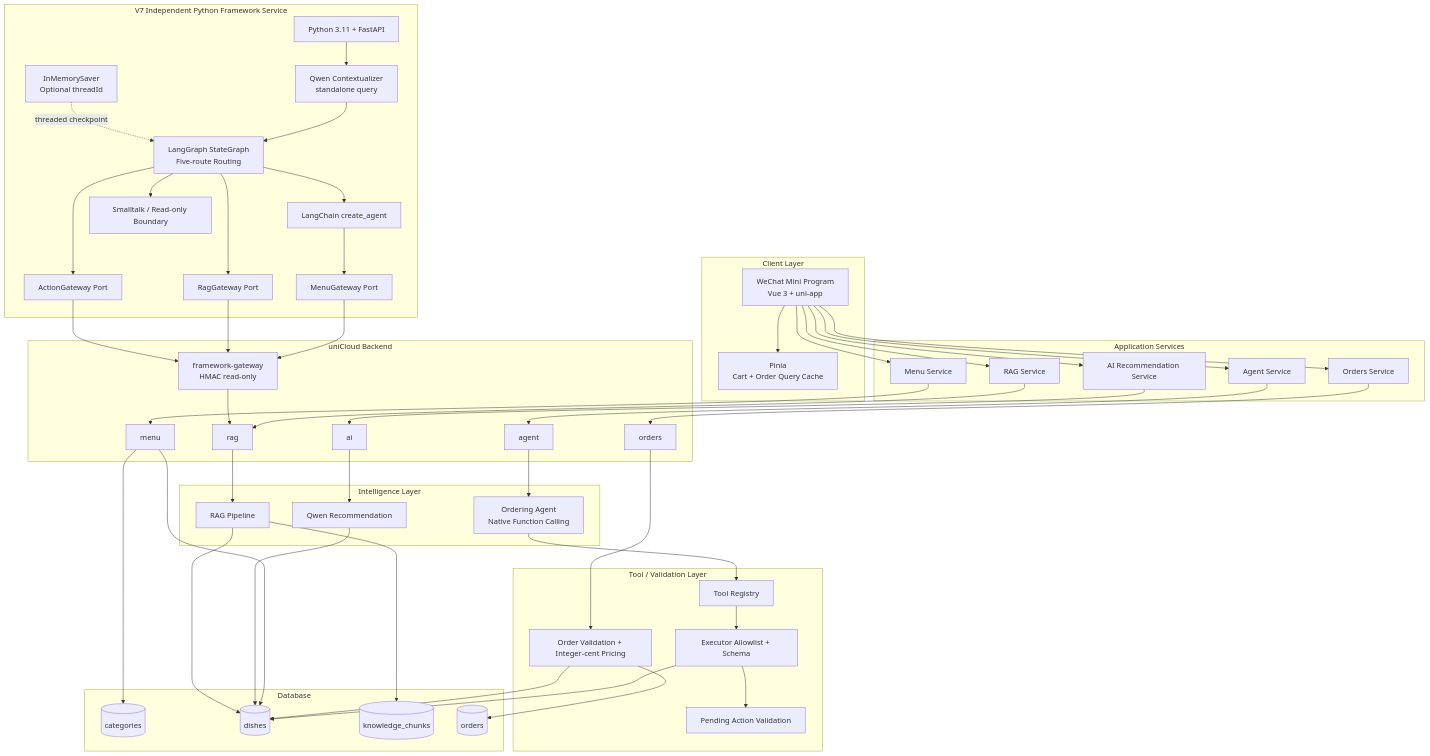
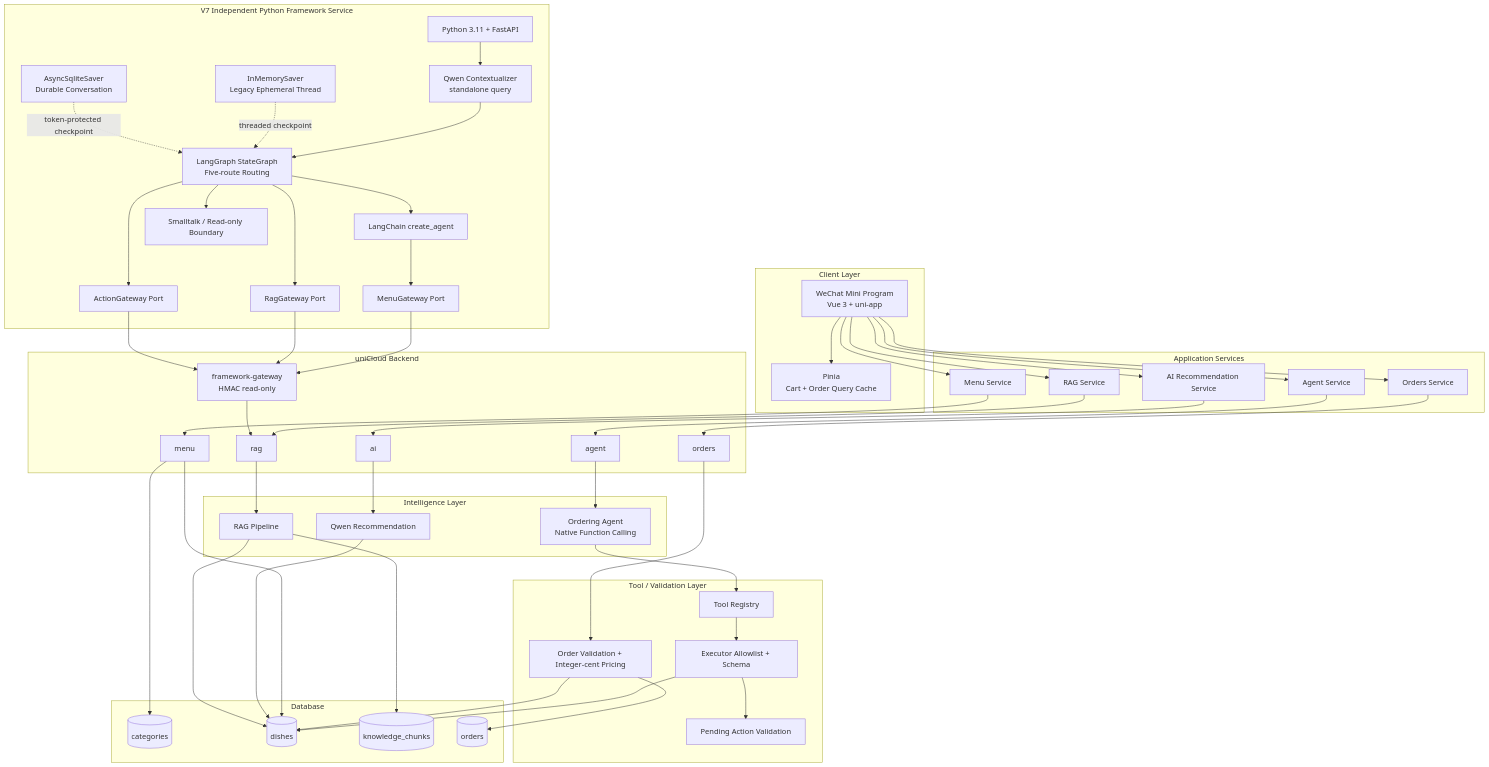
Before and after one commit to LI-ZONGRUI/smart-ordering-agent: the first of 3 diagrams in docs/ARCHITECTURE.md, drawn with Mermaid. The commit also changed other lines of this file and 22 other files, not shown here.

```diff
--- a/docs/ARCHITECTURE.md
+++ b/docs/ARCHITECTURE.md
@@ -56,7 +57,8 @@
 
   subgraph FrameworkService[V7 Independent Python Framework Service]
     FASTAPI[Python 3.11 + FastAPI]
-    MEM[InMemorySaver<br/>Optional threadId]
+    MEM[InMemorySaver<br/>Legacy Ephemeral Thread]
+    DUR[AsyncSqliteSaver<br/>Durable Conversation]
     CTX[Qwen Contextualizer<br/>standalone query]
     LG[LangGraph StateGraph<br/>Five-route Routing]
     LC[LangChain create_agent]
@@ -66,6 +68,7 @@
     SMALL[Smalltalk / Read-only Boundary]
     FASTAPI --> CTX --> LG
     MEM -. threaded checkpoint .-> LG
+    DUR -. token-protected checkpoint .-> LG
     LG --> LC --> GW
     LG --> RGW
     LG --> AGW
```
